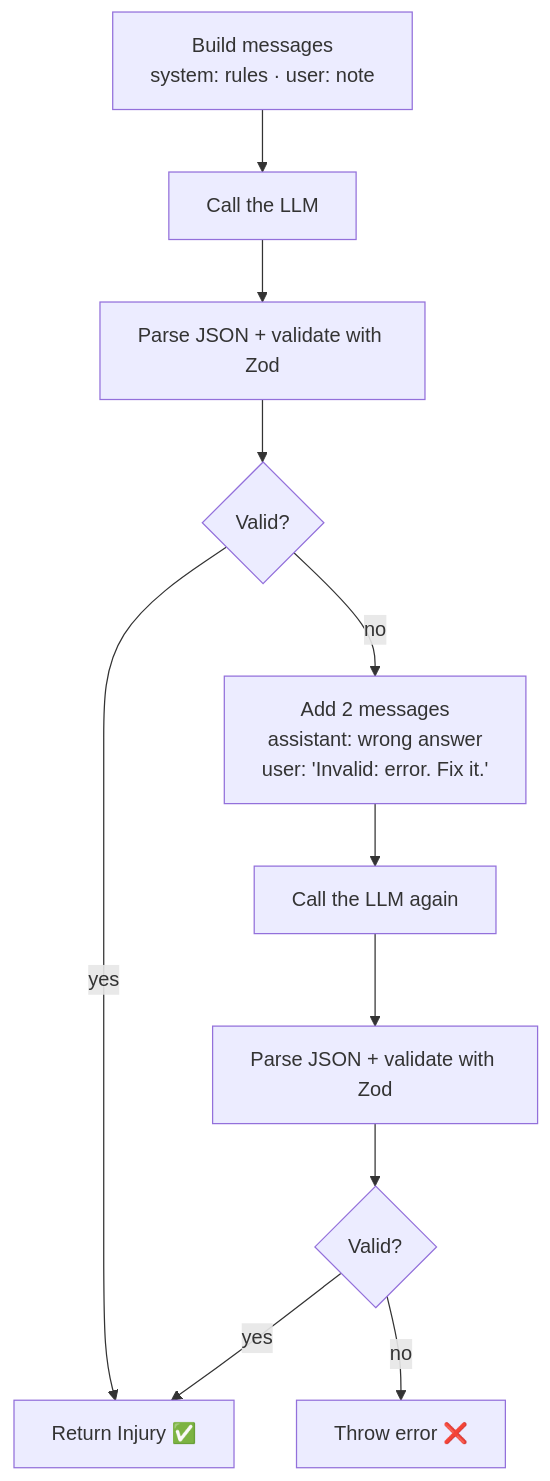
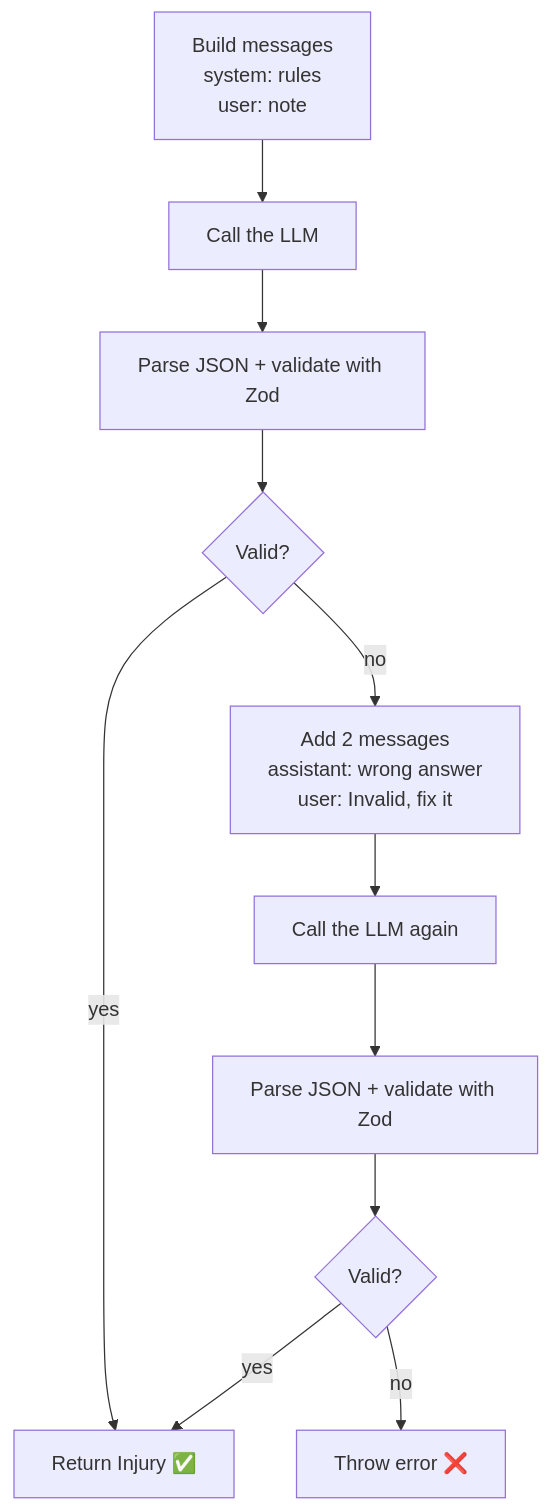
Before and after one commit to sabrahermassi/injury-journal-ai-agent: the diagram in docs/extraction.md, drawn with Mermaid. The commit also changed 1 other file, not shown here.

Commit message:
docs fix docs formatting

````diff
--- a/docs/extraction.md
+++ b/docs/extraction.md
@@ -8,19 +8,19 @@
 ```mermaid
 flowchart TD
-    A["Build messages<br/>system: rules · user: note"]
+    A["Build messages<br/>system: rules<br/>user: note"]
     B["Call the LLM"]
     C["Parse JSON + validate with Zod"]
     D{"Valid?"}
     E["Return Injury ✅"]
-    F["Add 2 messages<br/>assistant: wrong answer<br/>user: 'Invalid: error. Fix it.'"]
+    F["Add 2 messages<br/>assistant: wrong answer<br/>user: Invalid, fix it"]
     G["Call the LLM again"]
     H["Parse JSON + validate with Zod"]
     I{"Valid?"}
     J["Throw error ❌"]
 
     A --> B --> C --> D
     D -- yes --> E
     D -- no --> F --> G --> H --> I
     I -- yes --> E
     I -- no --> J
 ```
````
